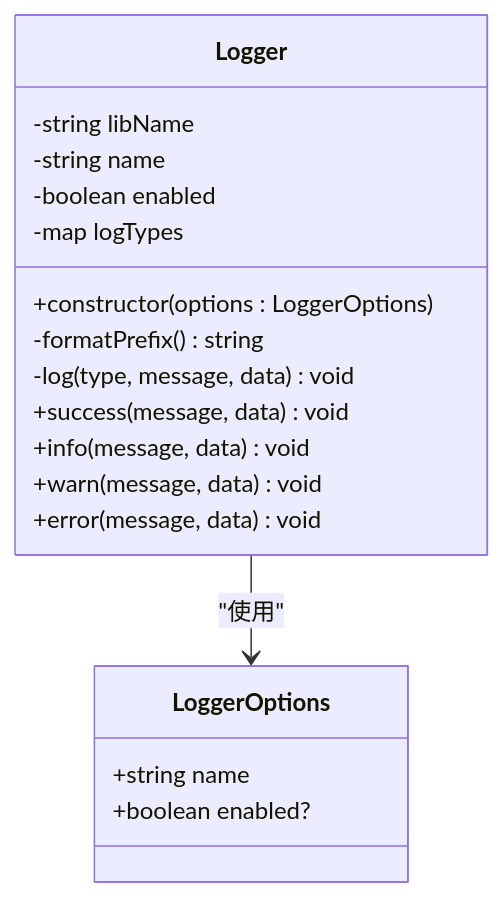
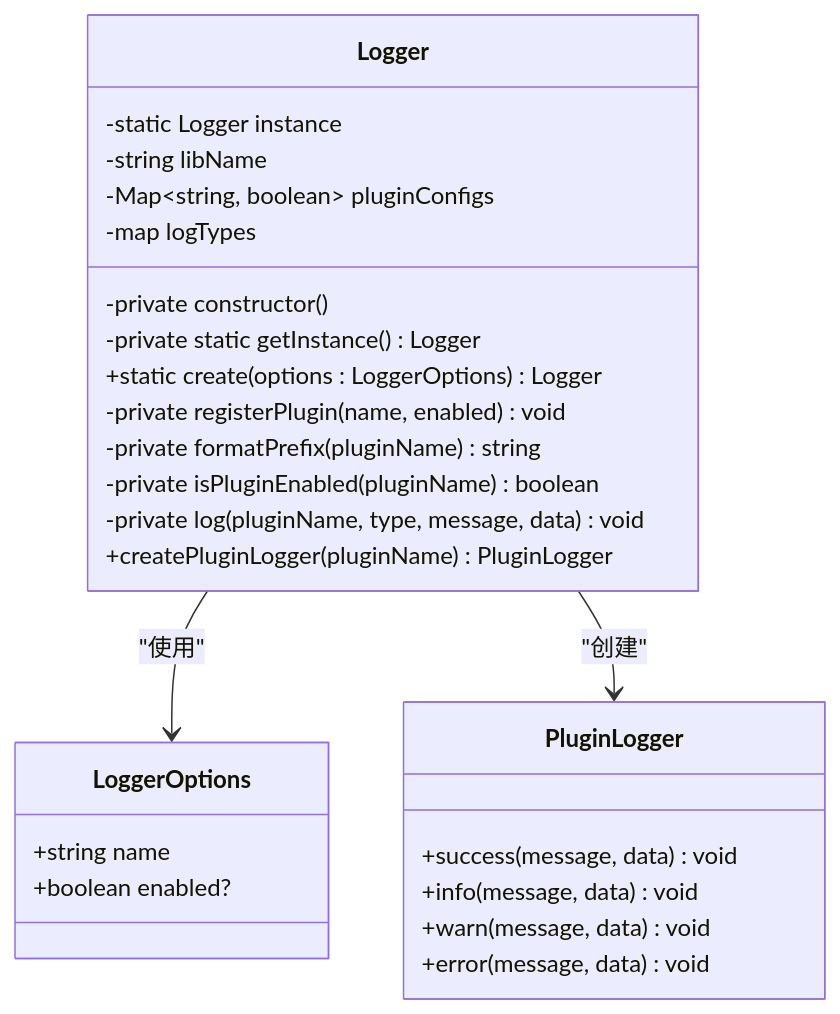
One commit to MengXi-Studio/vite-plugin changed the third of 5 diagrams in .qoder/repowiki/zh/content/工具模块/日志系统.md. Above: the diagram before and after it, drawn with Mermaid. The commit also changed other lines of this file and 5 other files, not shown here.

````diff
--- a/.qoder/repowiki/zh/content/工具模块/日志系统.md
+++ b/.qoder/repowiki/zh/content/工具模块/日志系统.md
@@ -125,21 +138,29 @@
 ```mermaid
 classDiagram
 class Logger {
+-static Logger instance
 -string libName
--string name
--boolean enabled
+-Map~string, boolean~ pluginConfigs
 -map logTypes
-+constructor(options : LoggerOptions)
--formatPrefix() string
--log(type, message, data) void
+-private constructor()
+-private static getInstance() Logger
++static create(options : LoggerOptions) Logger
+-private registerPlugin(name, enabled) void
+-private formatPrefix(pluginName) string
+-private isPluginEnabled(pluginName) boolean
+-private log(pluginName, type, message, data) void
++createPluginLogger(pluginName) PluginLogger
+}
+class PluginLogger {
 +success(message, data) void
 +info(message, data) void
 +warn(message, data) void
 +error(message, data) void
 }
 class LoggerOptions {
 +string name
 +boolean enabled?
 }
 Logger --> LoggerOptions : "使用"
+Logger --> PluginLogger : "创建"
 ```
````
